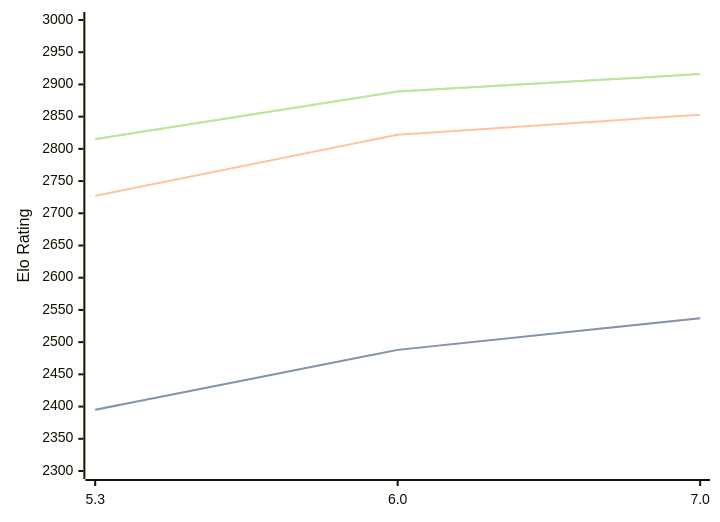
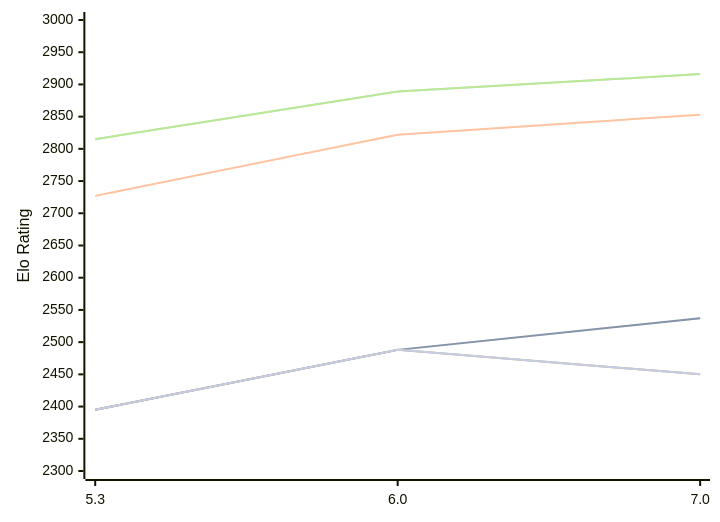
One commit to computer-chess-index/cci changed the diagram in engines/tomitankChess.md. Above: the diagram before and after it, drawn with Mermaid. The commit also changed other lines of this file, not shown here.

Commit message:
Update CCI Ratings (ELO VLTC) - 2026-10-11

````diff
--- a/engines/tomitankChess.md
+++ b/engines/tomitankChess.md
@@ -49,16 +49,13 @@
 ```mermaid
 %%{init: {"theme":"base","themeVariables":{"seriesColors:['#a3a3a3','#222221','#faa371']}}}%%
 xychart-beta
   x-axis ["5.3", "6.0", "7.0"]
   y-axis "Elo Rating" 2300 --> 3000
   line "" [2395, 2488, 2537]
   line "T1: STC (8.0+0.08s)" [2395, 2488, 2537]
   line "T1: LTC (60.0+0.60s)" [2727, 2822, 2853]
   line "" [2815, 2889, 2916]
   line "T1: VLTC (2m24s+1.12s)" [2815, 2889, 2916]
-  line "" [2434]
-  line "E1: STC (8.0+0.08s)" [2434]
-  line "E1: LTC (60.0+0.60s)" [2790]
-  line "" [2838]
-  line "E1: VLTC (2m24s+1.12s)" [2838]
+  line "" [2395, 2488,2450]
+  line "E1: STC (8.0+0.08s)" [2395, 2488,2450]
 ```
````
